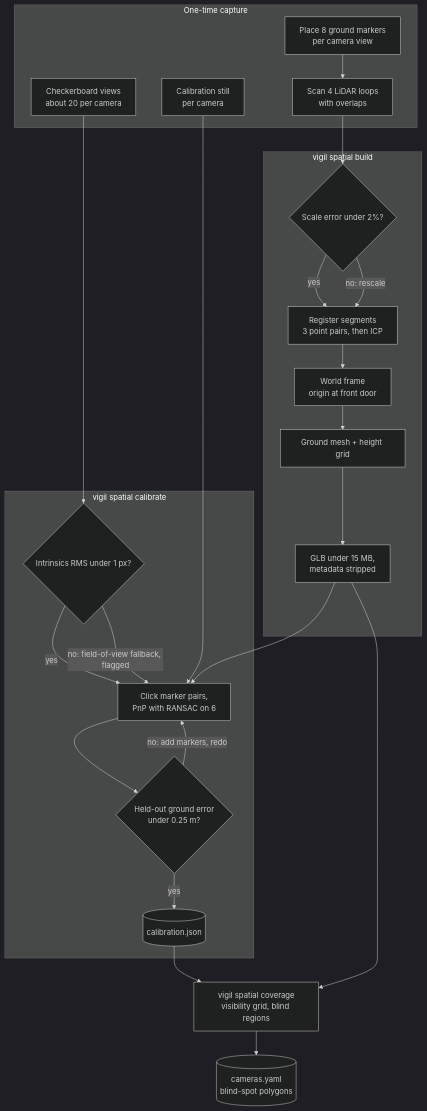
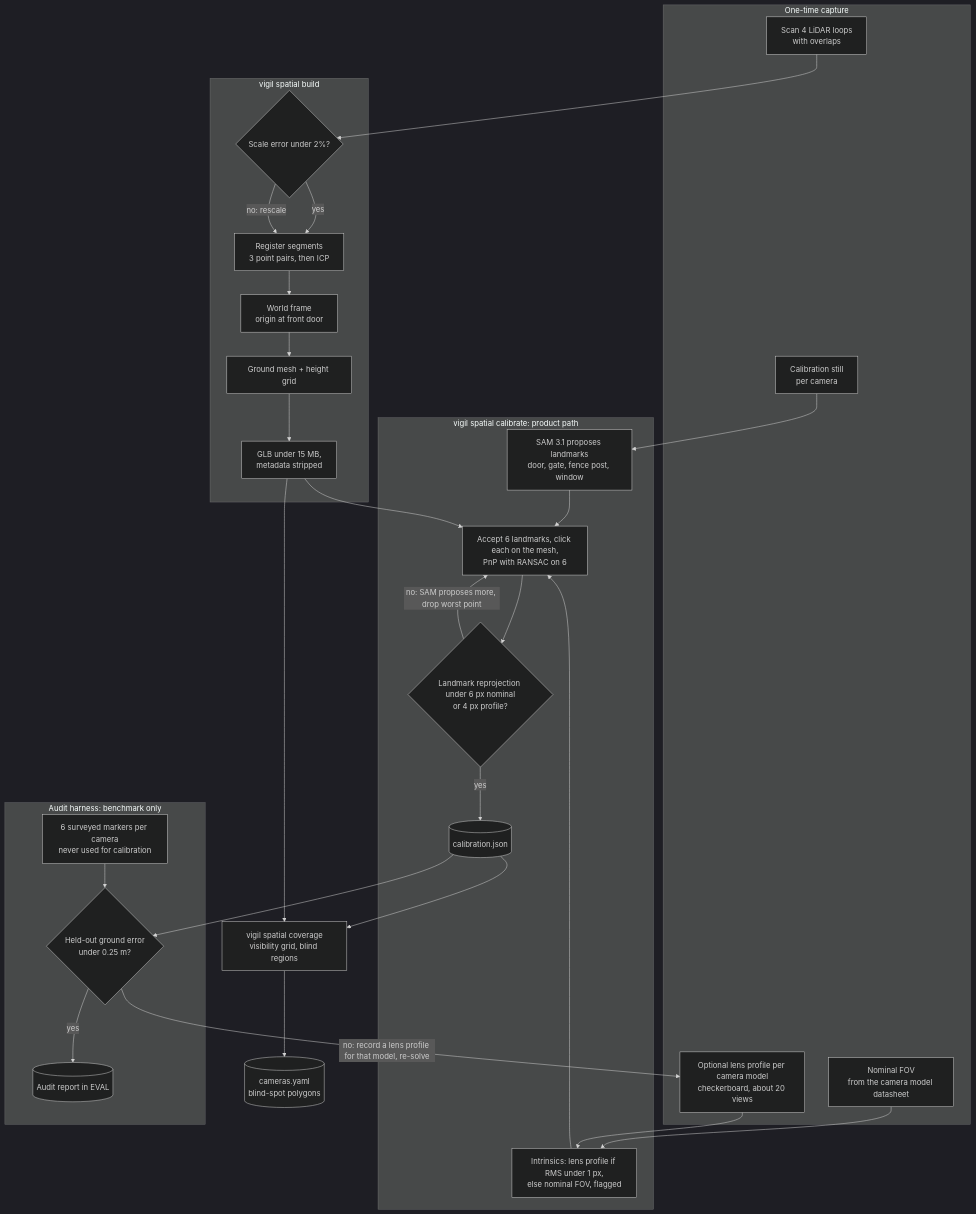
Diagram 12 of 14 in docs/spec/vigil-spec.md (gabrielromerod/meta-global-ai-developer-hackathon-2026), drawn with Mermaid (dark theme) before and after one commit. The commit also changed other lines of this file and 16 other files, not shown here.

````diff
--- a/docs/spec/vigil-spec.md
+++ b/docs/spec/vigil-spec.md
@@ -688,39 +731,49 @@
 ```mermaid
 flowchart TB
   subgraph capture["One-time capture"]
-    markers["Place 8 ground markers<br/>per camera view"]
     scan["Scan 4 LiDAR loops<br/>with overlaps"]
-    board["Checkerboard views<br/>about 20 per camera"]
     stills["Calibration still<br/>per camera"]
+    fov["Nominal FOV<br/>from the camera model datasheet"]
+    profile["Optional lens profile per camera model<br/>checkerboard, about 20 views"]
   end
   subgraph build["vigil spatial build"]
     scale{"Scale error under 2%?"}
     reg["Register segments<br/>3 point pairs, then ICP"]
     frame["World frame<br/>origin at front door"]
     ground["Ground mesh + height grid"]
     glb["GLB under 15 MB,<br/>metadata stripped"]
   end
-  subgraph cal["vigil spatial calibrate"]
-    intr{"Intrinsics RMS under 1 px?"}
-    pnp["Click marker pairs,<br/>PnP with RANSAC on 6"]
+  subgraph cal["vigil spatial calibrate: product path"]
+    intr["Intrinsics: lens profile if RMS under 1 px,<br/>else nominal FOV, flagged"]
+    propose["SAM 3.1 proposes landmarks<br/>door, gate, fence post, window"]
+    pnp["Accept 6 landmarks, click each on the mesh,<br/>PnP with RANSAC on 6"]
+    reproj{"Landmark reprojection under 6 px nominal<br/>or 4 px profile?"}
+    json[("calibration.json")]
+  end
+  subgraph audit["Audit harness: benchmark only"]
+    markers["6 surveyed markers per camera<br/>never used for calibration"]
     held{"Held-out ground error<br/>under 0.25 m?"}
-    json[("calibration.json")]
+    report[("Audit report in EVAL")]
   end
   cov["vigil spatial coverage<br/>visibility grid, blind regions"]
   yaml[("cameras.yaml<br/>blind-spot polygons")]
-  markers --> scan --> scale
+  scan --> scale
   scale -->|"yes"| reg
   scale -->|"no: rescale"| reg
   reg --> frame --> ground --> glb
-  board --> intr
-  intr -->|"yes"| pnp
-  intr -->|"no: field-of-view fallback, flagged"| pnp
-  stills --> pnp
+  fov --> intr
+  profile --> intr
+  stills --> propose --> pnp
+  intr --> pnp
   glb --> pnp
-  pnp --> held
-  held -->|"yes"| json
-  held -->|"no: add markers, redo"| pnp
+  pnp --> reproj
+  reproj -->|"yes"| json
+  reproj -->|"no: SAM proposes more, drop worst point"| pnp
+  json --> held
+  markers --> held
+  held -->|"yes"| report
+  held -->|"no: record a lens profile for that model, re-solve"| profile
   json --> cov
   glb --> cov
   cov --> yaml
 ```
````
